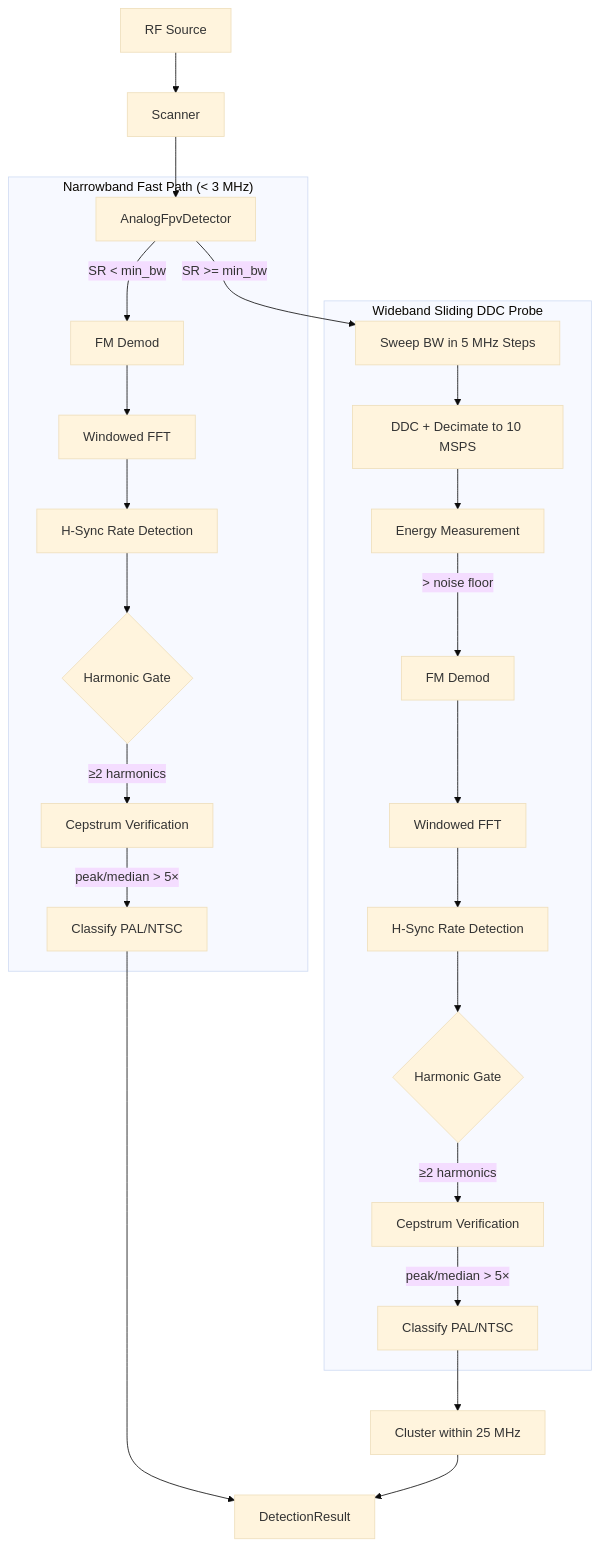
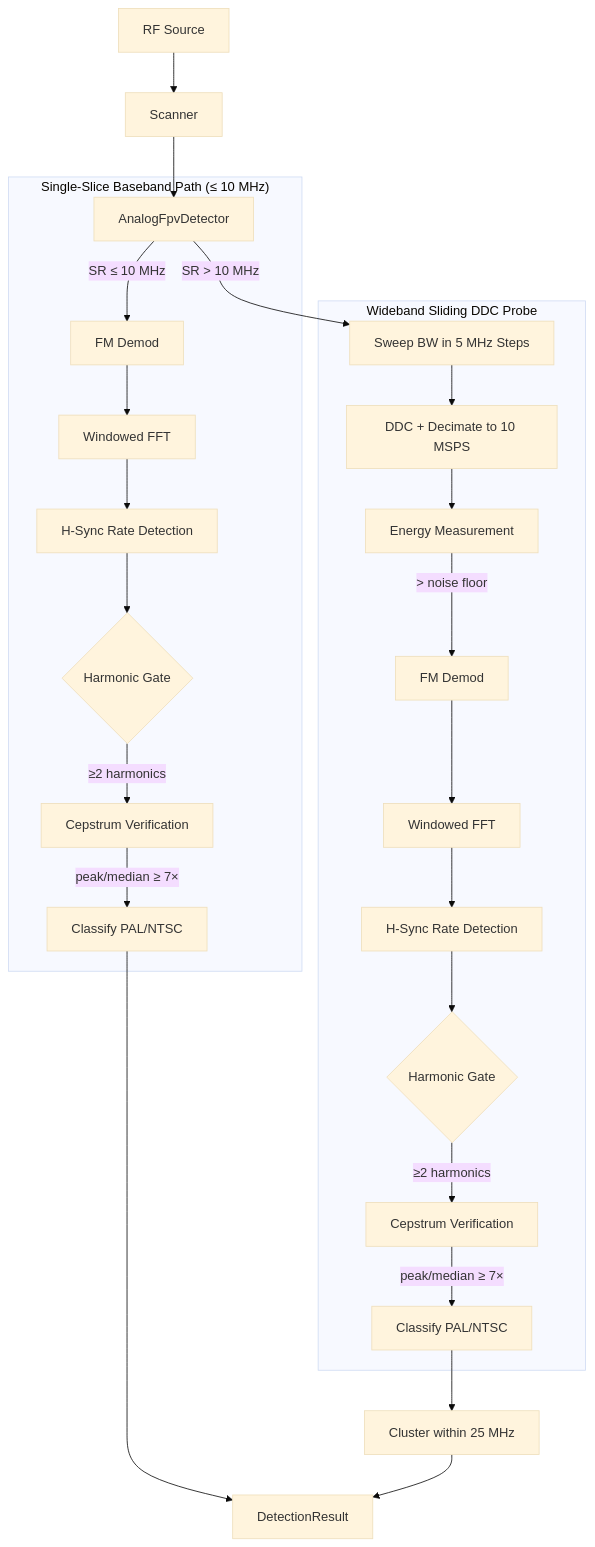
Before and after one commit to isaacbentley/orecchiette-fpv-drone-analog-rs: the diagram in DESIGN.md, drawn with Mermaid (base theme). The commit also changed other lines of this file and 10 other files, not shown here.

````diff
--- a/DESIGN.md
+++ b/DESIGN.md
@@ -12,30 +12,30 @@
 ```mermaid
 graph TD
     A[RF Source] --> B[Scanner]
     B --> C[AnalogFpvDetector]
     
-    subgraph "Narrowband Fast Path (< 3 MHz)"
-        C -->|"SR < min_bw"| D1[FM Demod]
+    subgraph "Single-Slice Baseband Path (≤ 10 MHz)"
+        C -->|"SR ≤ 10 MHz"| D1[FM Demod]
         D1 --> D2[Windowed FFT]
         D2 --> D3[H-Sync Rate Detection]
         D3 --> D4{Harmonic Gate}
         D4 -->|"≥2 harmonics"| D5[Cepstrum Verification]
-        D5 -->|"peak/median > 5×"| D6[Classify PAL/NTSC]
+        D5 -->|"peak/median ≥ 7×"| D6[Classify PAL/NTSC]
     end
     
     subgraph "Wideband Sliding DDC Probe"
-        C -->|"SR >= min_bw"| E1[Sweep BW in 5 MHz Steps]
+        C -->|"SR > 10 MHz"| E1[Sweep BW in 5 MHz Steps]
         E1 --> E2[DDC + Decimate to 10 MSPS]
         E2 --> E3[Energy Measurement]
         E3 -->|"> noise floor"| E4[FM Demod]
         E4 --> E5[Windowed FFT]
         E5 --> E6[H-Sync Rate Detection]
         E6 --> E7{Harmonic Gate}
         E7 -->|"≥2 harmonics"| E8[Cepstrum Verification]
-        E8 -->|"peak/median > 5×"| E9[Classify PAL/NTSC]
+        E8 -->|"peak/median ≥ 7×"| E9[Classify PAL/NTSC]
     end
     
     E9 --> F[Cluster within 25 MHz]
     D6 --> G[DetectionResult]
     F --> G
 ```
````
